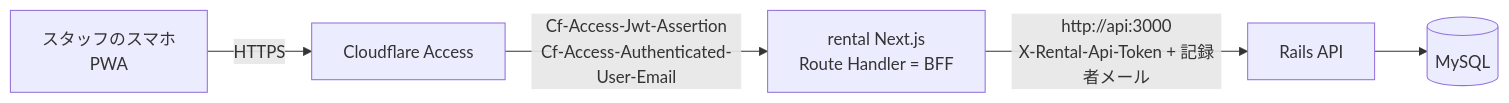
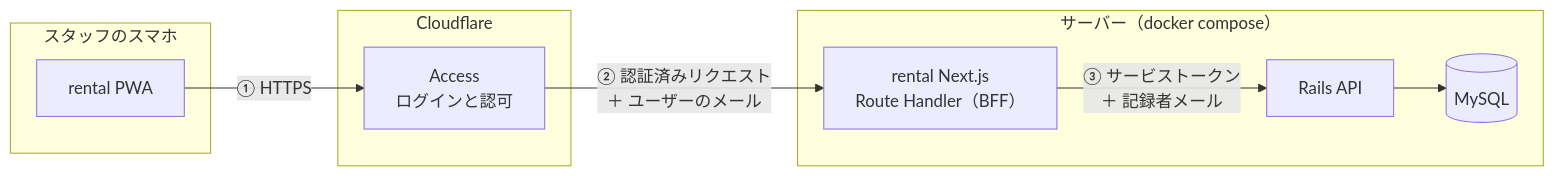
The second of 3 diagrams in docs/rental/design.md (NUTFes/group-manager-2), drawn with Mermaid before and after one commit. The commit also changed other lines of this file, not shown here.

First line of the commit message:
docs: レビュー指摘を反映し設計書の図表を整理する

````diff
--- a/docs/rental/design.md
+++ b/docs/rental/design.md
@@ -141,7 +146,18 @@
 ```mermaid
 flowchart LR
-  Bx["スタッフのスマホ<br/>PWA"] -->|HTTPS| CF[Cloudflare Access]
-  CF -->|"Cf-Access-Jwt-Assertion<br/>Cf-Access-Authenticated-User-Email"| R["rental Next.js<br/>Route Handler = BFF"]
-  R -->|"http://api:3000<br/>X-Rental-Api-Token + 記録者メール"| API[Rails API]
-  API --> DB[(MySQL)]
+  subgraph phone["スタッフのスマホ"]
+    PWA["rental PWA"]
+  end
+  subgraph cf["Cloudflare"]
+    ACC["Access<br/>ログインと認可"]
+  end
+  subgraph srv["サーバー（docker compose）"]
+    BFF["rental Next.js<br/>Route Handler（BFF）"]
+    API["Rails API"]
+    DB[("MySQL")]
+  end
+  PWA -->|"① HTTPS"| ACC
+  ACC -->|"② 認証済みリクエスト<br/>＋ ユーザーのメール"| BFF
+  BFF -->|"③ サービストークン<br/>＋ 記録者メール"| API
+  API --> DB
 ```
````
